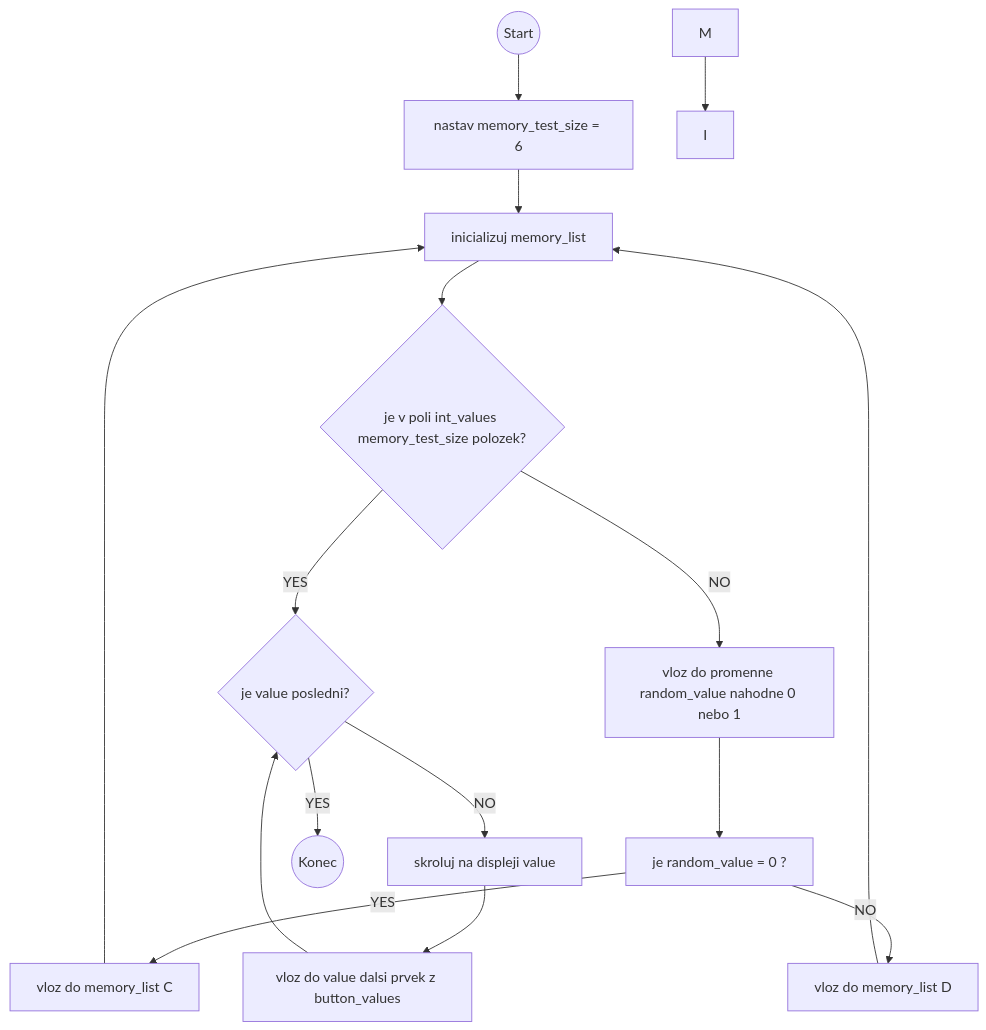
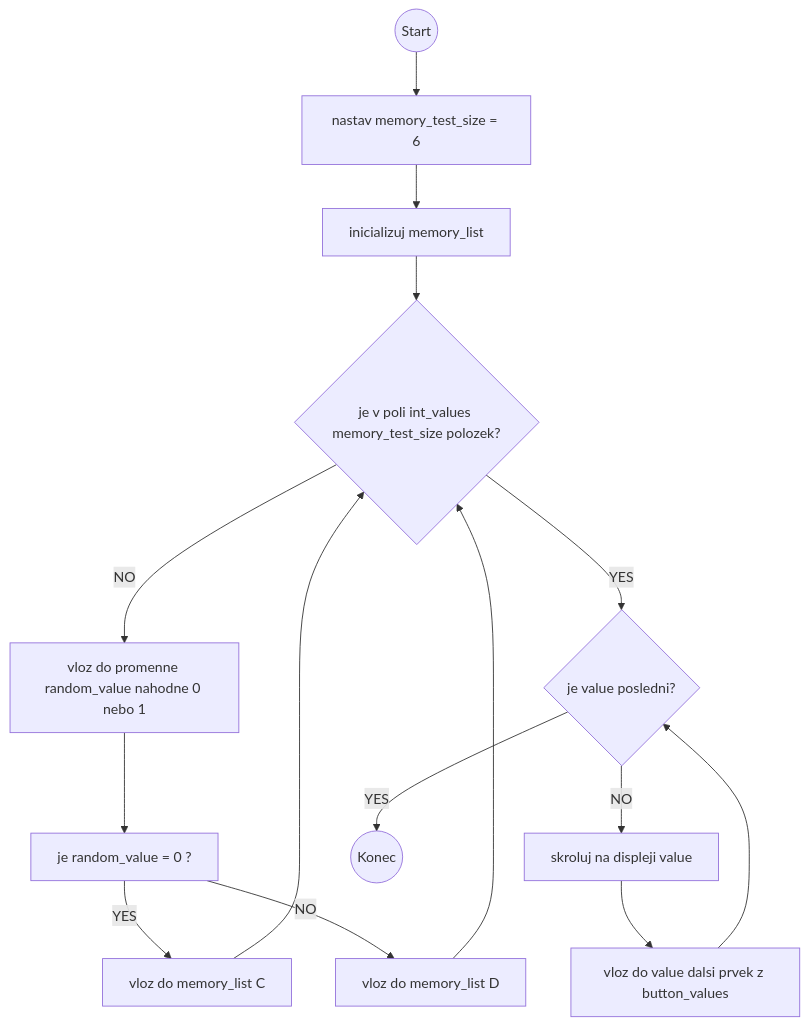
One commit to denisa-mat/BP-microbit changed the diagram in README.md. Above: the diagram before and after it, drawn with Mermaid.

````diff
--- a/README.md
+++ b/README.md
@@ -65,18 +65,17 @@
 ```mermaid
 graph TD;
     A((Start)) --> B[nastav memory_test_size = 6];
     B --> C[inicializuj memory_list];
 	C --> D{je v poli int_values memory_test_size polozek?};
     D -- NO --> E[vloz do promenne random_value nahodne 0 nebo 1];
 		E --> F[je random_value = 0 ?];
 		F -- YES --> K[vloz do memory_list C];
-			K --> C;
+			K --> D;
 		F -- NO --> L[vloz do memory_list D];
-			L --> C
-				M --> I;
+			L --> D
 	D -- YES --> O{je value posledni?};
 		O -- NO --> P[skroluj na displeji value];
 			P --> Q[vloz do value dalsi prvek z button_values];
 			Q --> O;
 		O -- YES --> R((Konec));
 ```
````
